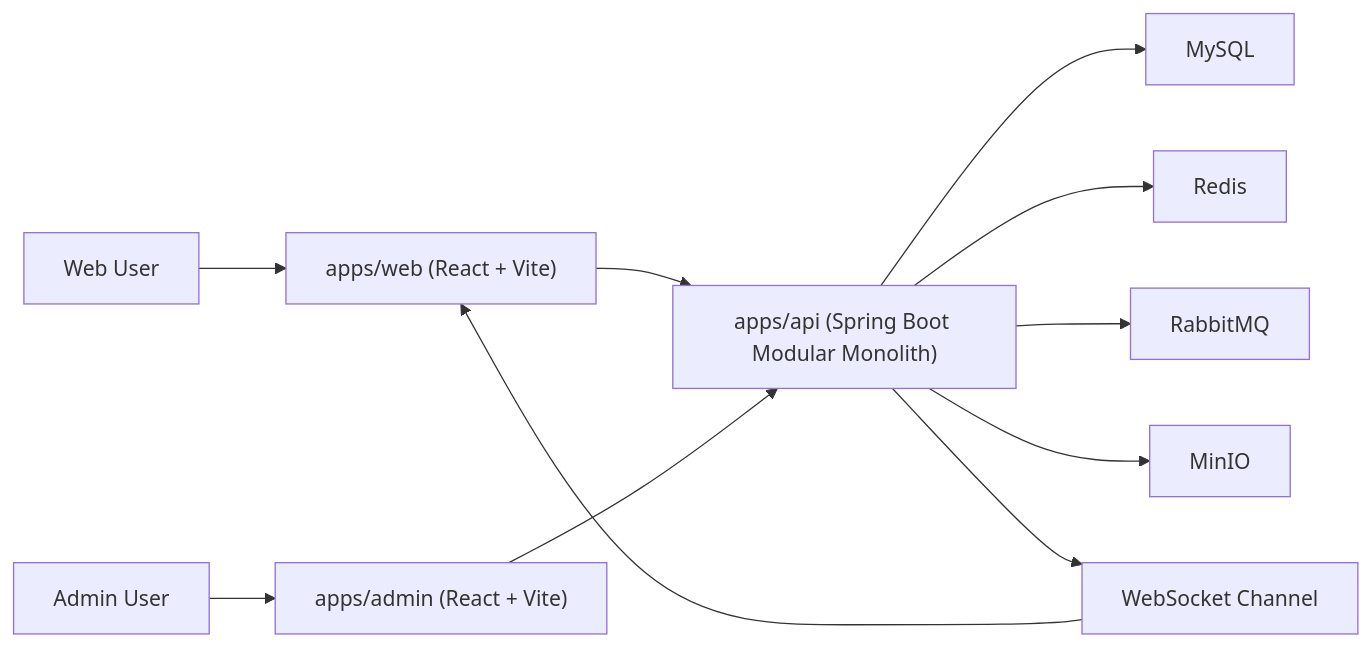
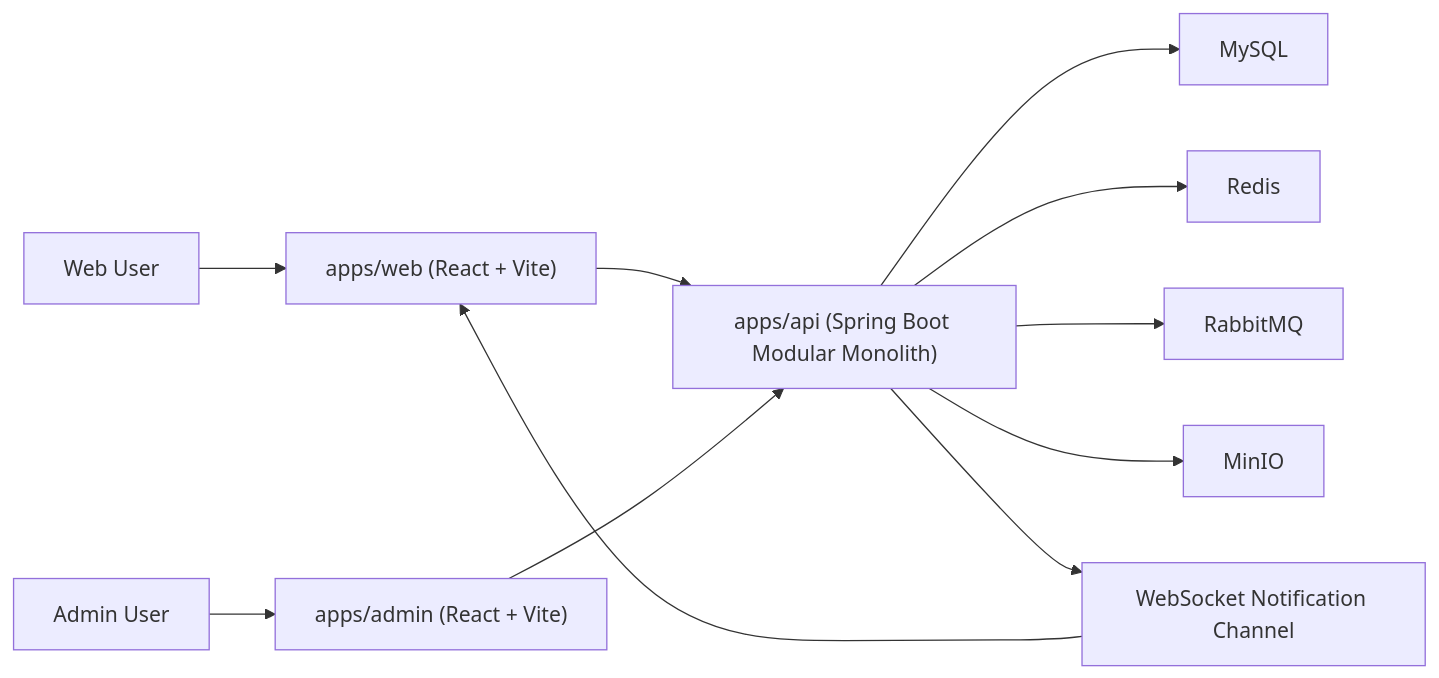
The first of 5 diagrams in docs/ARCHITECTURE_DIAGRAM.md (Kylan-Yu/devflow), drawn with Mermaid before and after one commit. The commit also changed other lines of this file and 183 other files, not shown here.

````diff
--- a/docs/ARCHITECTURE_DIAGRAM.md
+++ b/docs/ARCHITECTURE_DIAGRAM.md
@@ -4,13 +4,13 @@
 ```mermaid
 flowchart LR
   U["Web User"] --> WEB["apps/web (React + Vite)"]
   A["Admin User"] --> ADMIN["apps/admin (React + Vite)"]
   WEB --> API["apps/api (Spring Boot Modular Monolith)"]
   ADMIN --> API
   API --> MYSQL["MySQL"]
   API --> REDIS["Redis"]
   API --> RABBIT["RabbitMQ"]
   API --> MINIO["MinIO"]
-  API --> WS["WebSocket Channel"]
+  API --> WS["WebSocket Notification Channel"]
   WS --> WEB
 ```
````
